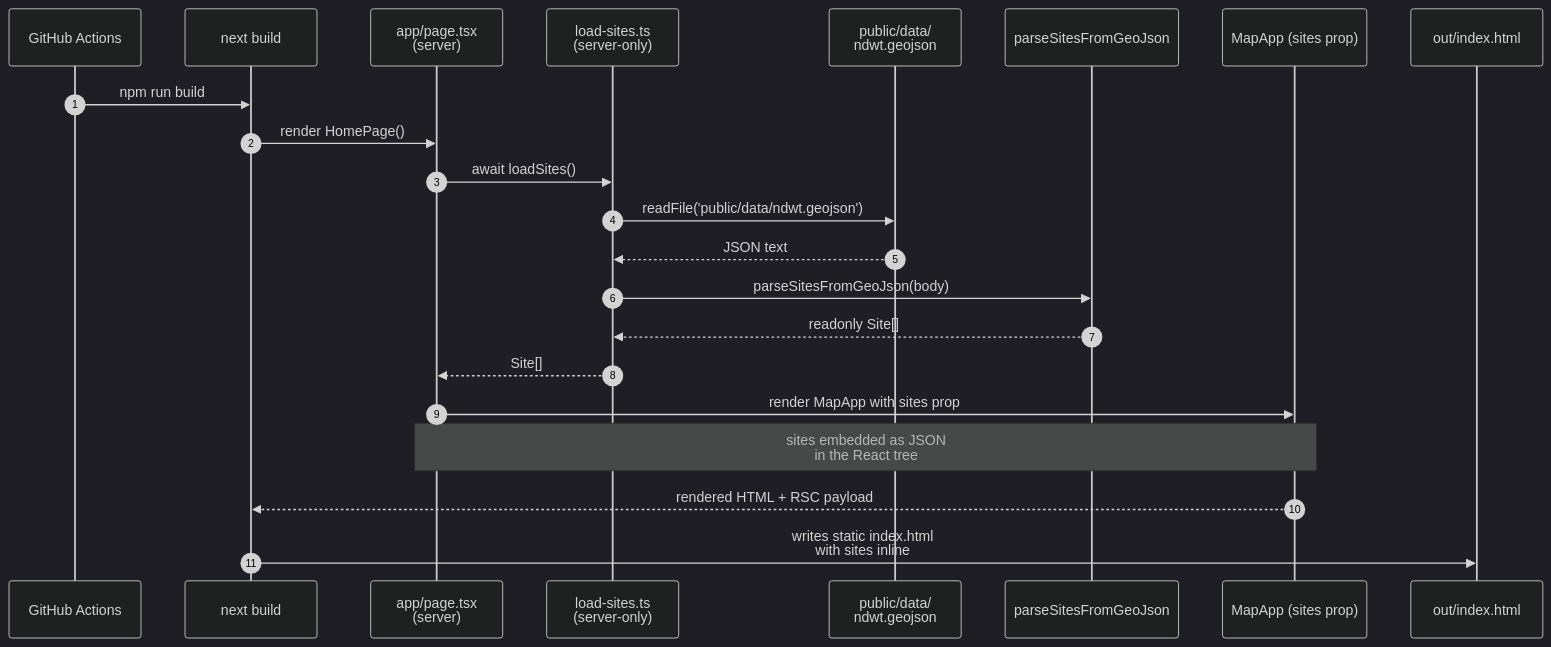
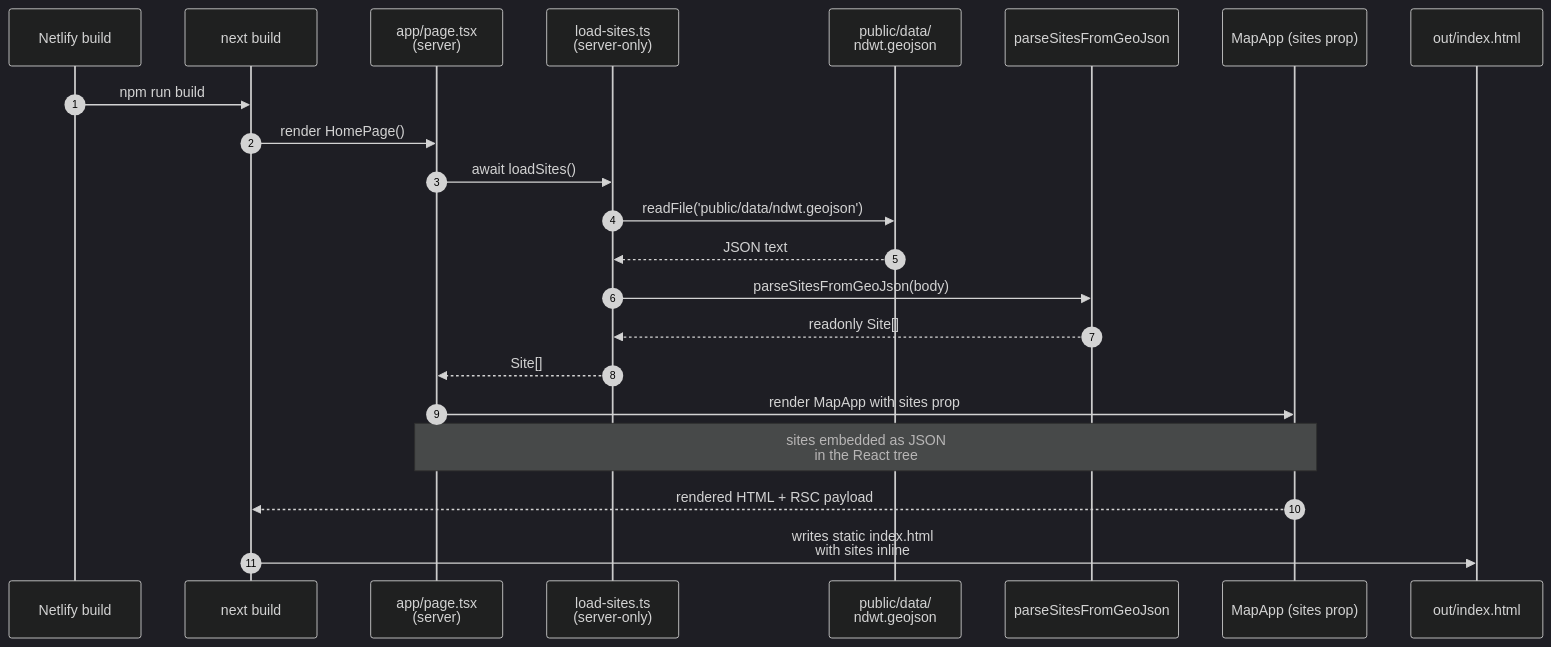
The first of 3 diagrams in docs/architecture/data-flow.md (ivanoats/ndwt-ol-chakra), drawn with Mermaid (dark theme) before and after one commit. The commit also changed other lines of this file and 9 other files, not shown here.

First line of the commit message:
docs: refresh trail map architecture and maintainer guides (#108)

````diff
--- a/docs/architecture/data-flow.md
+++ b/docs/architecture/data-flow.md
@@ -11,25 +27,25 @@
 ```mermaid
 sequenceDiagram
   autonumber
-  participant CI as GitHub Actions
+  participant CI as Netlify build
   participant Next as next build
   participant Page as app/page.tsx<br/>(server)
   participant Loader as load-sites.ts<br/>(server-only)
   participant FS as public/data/<br/>ndwt.geojson
   participant Parser as parseSitesFromGeoJson
   participant MapApp as MapApp (sites prop)
   participant Out as out/index.html
 
   CI->>Next: npm run build
   Next->>Page: render HomePage()
   Page->>Loader: await loadSites()
   Loader->>FS: readFile('public/data/ndwt.geojson')
   FS-->>Loader: JSON text
   Loader->>Parser: parseSitesFromGeoJson(body)
   Parser-->>Loader: readonly Site[]
   Loader-->>Page: Site[]
   Page->>MapApp: render MapApp with sites prop
   Note over Page,MapApp: sites embedded as JSON<br/>in the React tree
   MapApp-->>Next: rendered HTML + RSC payload
   Next->>Out: writes static index.html<br/>with sites inline
 ```
````
